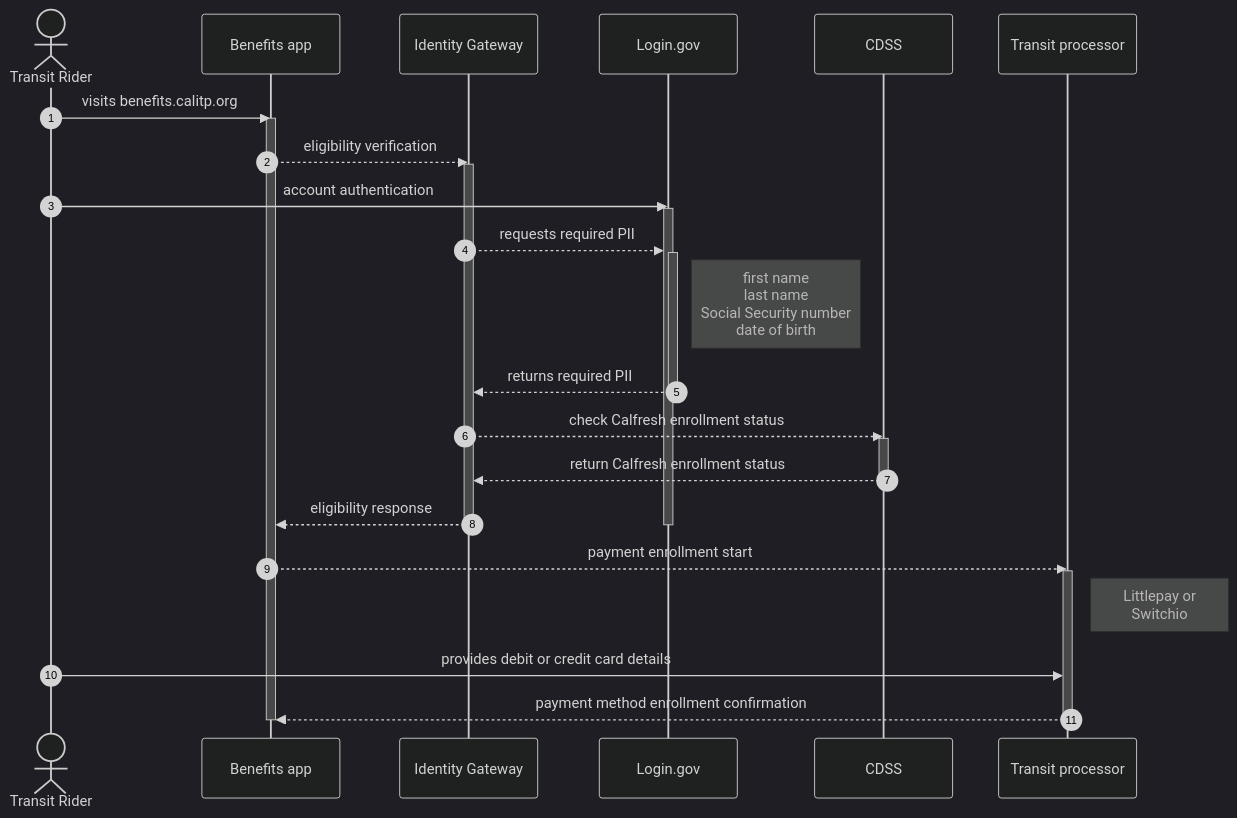
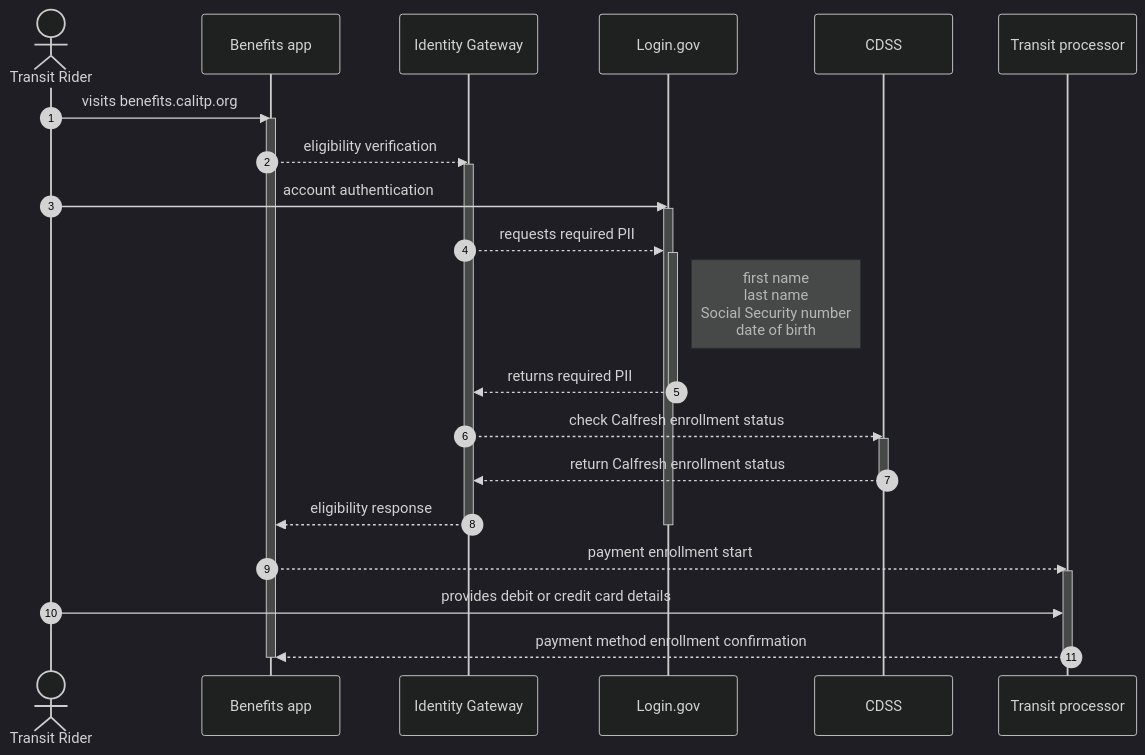
One commit to cal-itp/benefits changed the diagram in docs/enrollment-pathways/low-income.md. Above: the diagram before and after it, drawn with Mermaid (dark theme). The commit also changed other lines of this file and 5 other files, not shown here.

Commit message:
updating mermaid charts, adding transit processor section, parallel language for video demos

````diff
--- a/docs/enrollment-pathways/low-income.md
+++ b/docs/enrollment-pathways/low-income.md
@@ -21,36 +21,35 @@
 ```mermaid
 sequenceDiagram
 autonumber
 %% Low-income Rider Enrollment Pathway
     actor Transit Rider
     participant Benefits as Benefits app
     participant IdG as Identity Gateway
     participant Login.gov
     participant CDSS
     participant Transit processor
 Transit Rider->>Benefits: visits benefits.calitp.org
     activate Benefits
 Benefits-->>IdG: eligibility verification
     activate IdG
 Transit Rider->>Login.gov: account authentication
     activate Login.gov
 IdG-->>Login.gov: requests required PII
     activate Login.gov
     Note right of Login.gov: first name<br>last name<br>Social Security number<br>date of birth
 Login.gov-->>IdG: returns required PII
     deactivate Login.gov
 IdG-->>CDSS: check Calfresh enrollment status
     activate CDSS
 CDSS-->>IdG: return Calfresh enrollment status
     deactivate CDSS
 IdG-->>Benefits: eligibility response
     deactivate IdG
     deactivate Login.gov
 Benefits-->>Transit processor: payment enrollment start
     activate Transit processor
-    Note right of Transit processor: Littlepay or<br> Switchio
 Transit Rider->>Transit processor: provides debit or credit card details
 Transit processor-->>Benefits: payment method enrollment confirmation
     deactivate Transit processor
     deactivate Benefits
 ```
````
